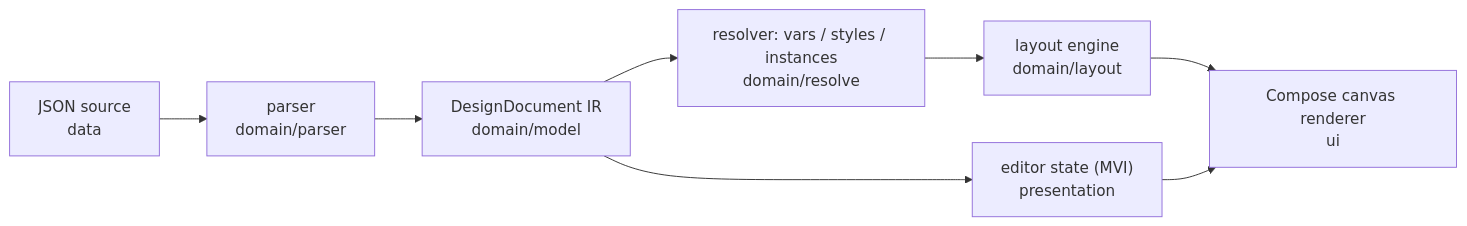
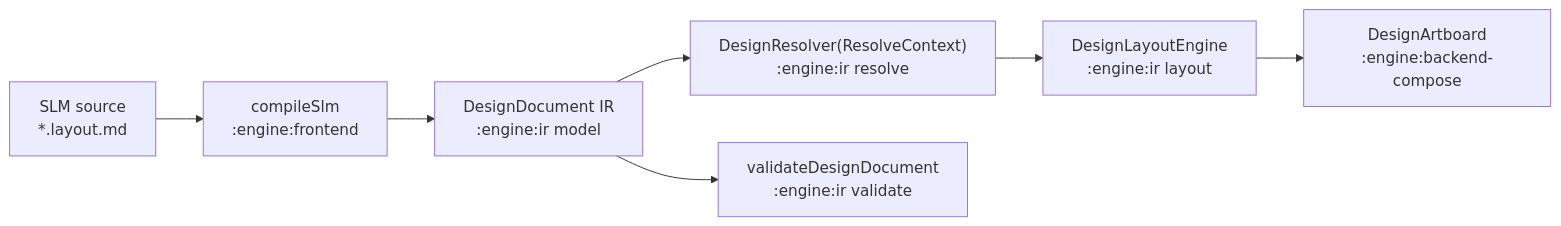
Before and after one commit to aequicor/mission-visualization: the diagram in engine/README.md, drawn with Mermaid. The commit also changed other lines of this file and 7 other files, not shown here.

````diff
--- a/engine/README.md
+++ b/engine/README.md
@@ -10,10 +39,9 @@
 ```mermaid
 flowchart LR
-    A["JSON source<br/>data"] --> B["parser<br/>domain/parser"]
-    B --> C["DesignDocument IR<br/>domain/model"]
-    C --> D["resolver: vars / styles / instances<br/>domain/resolve"]
-    D --> E["layout engine<br/>domain/layout"]
-    E --> F["Compose canvas renderer<br/>ui"]
-    C --> G["editor state (MVI)<br/>presentation"]
-    G --> F
+    A["SLM source<br/>*.layout.md"] --> B["compileSlm<br/>:engine:frontend"]
+    B --> C["DesignDocument IR<br/>:engine:ir model"]
+    C --> D["DesignResolver(ResolveContext)<br/>:engine:ir resolve"]
+    D --> E["DesignLayoutEngine<br/>:engine:ir layout"]
+    E --> F["DesignArtboard<br/>:engine:backend-compose"]
+    C --> G["validateDesignDocument<br/>:engine:ir validate"]
 ```
````
